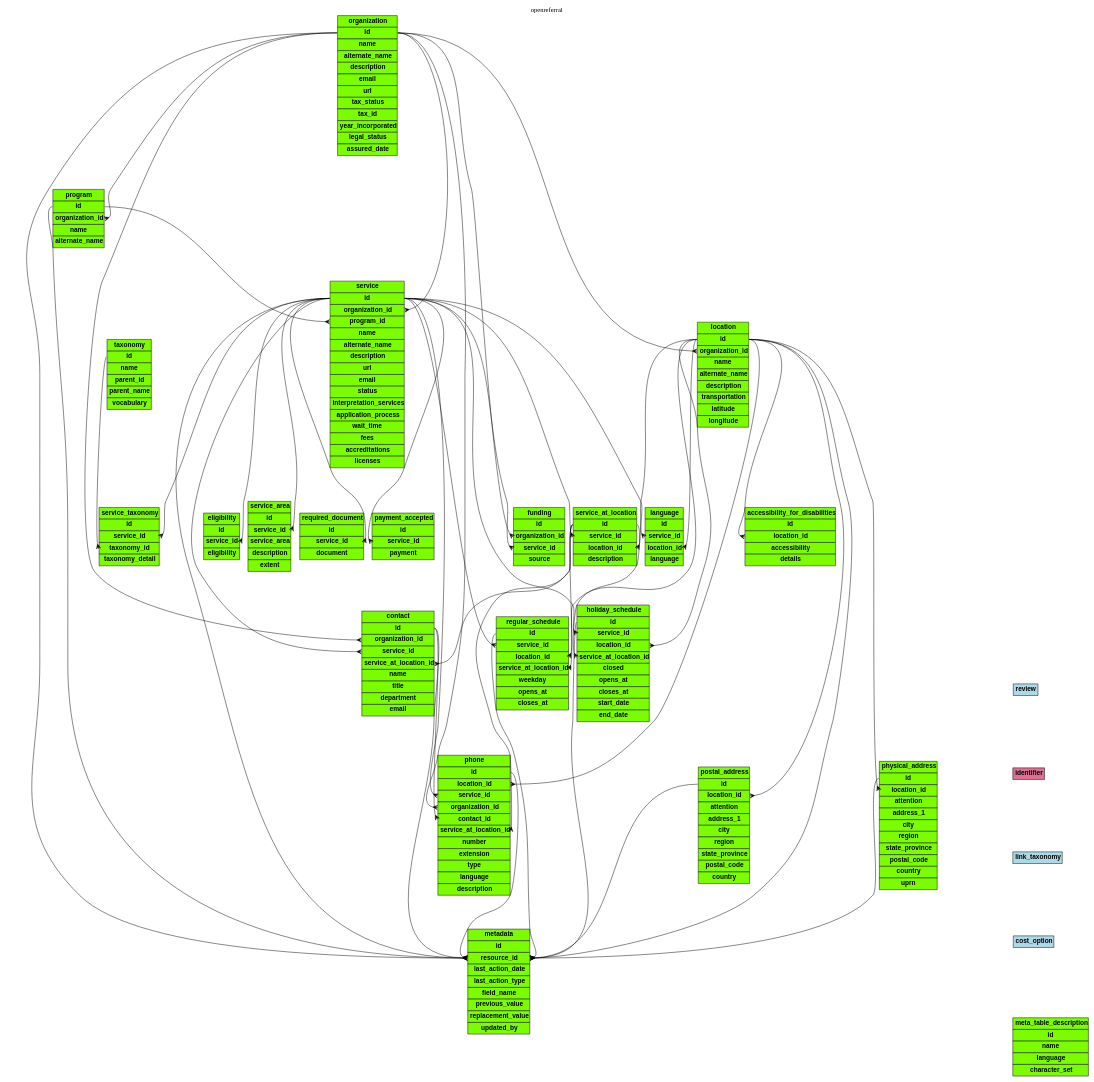
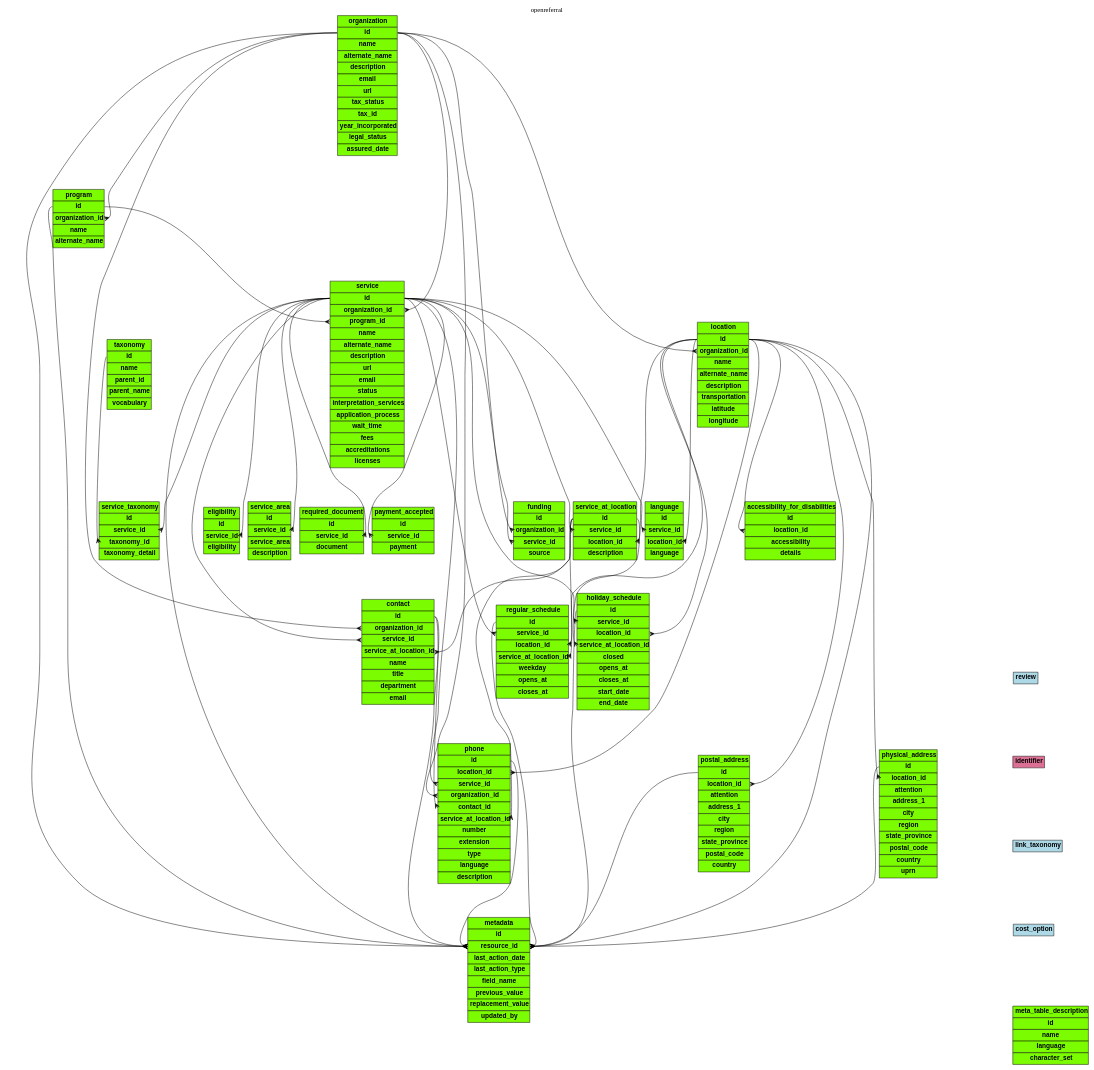
Before and after one commit to OpenReferralUK/human-services: the diagram in Schemas/openreferral.gv, drawn with Graphviz. The commit also changed 28 other files, not shown here.

```diff
--- a/Schemas/openreferral.gv
+++ b/Schemas/openreferral.gv
@@ -272,7 +272,6 @@
 <tr><td port='service_id'  bgcolor="lawngreen"><b>service_id</b></td></tr>
 <tr><td  bgcolor="lawngreen"><b>service_area</b></td></tr>
 <tr><td  bgcolor="lawngreen"><b>description</b></td></tr>
-<tr><td  bgcolor="lawngreen"><b>extent</b></td></tr>
 </table>
 >]
 
```
